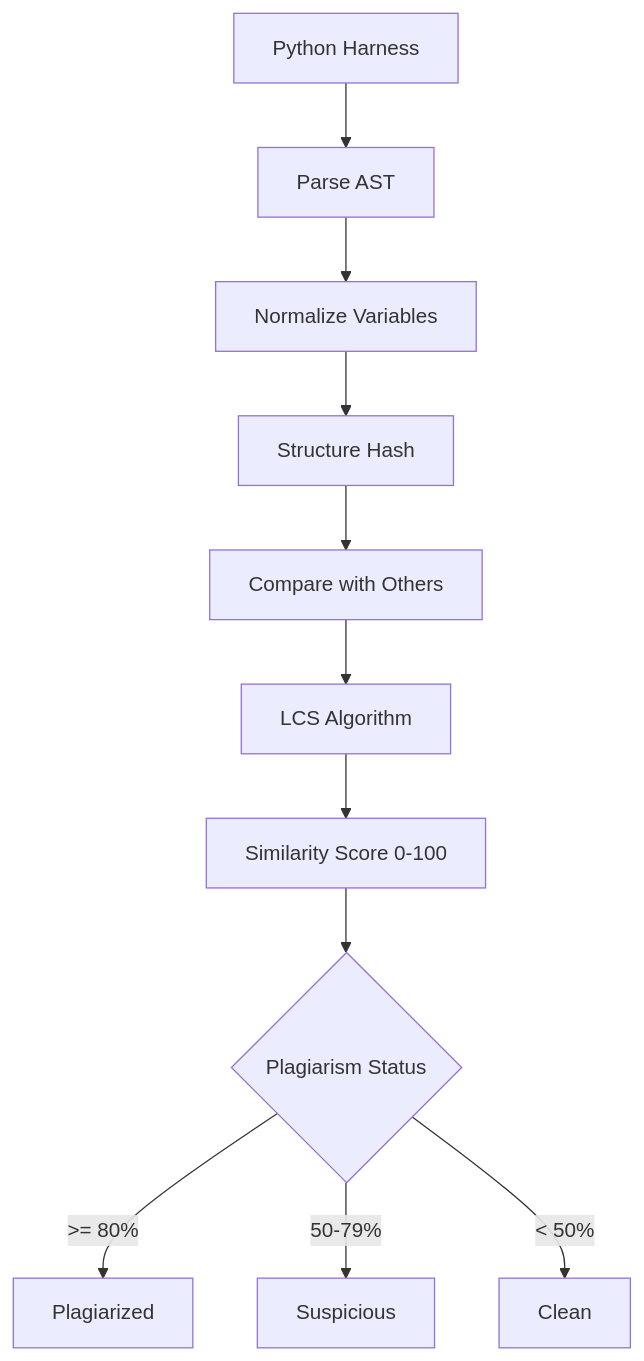
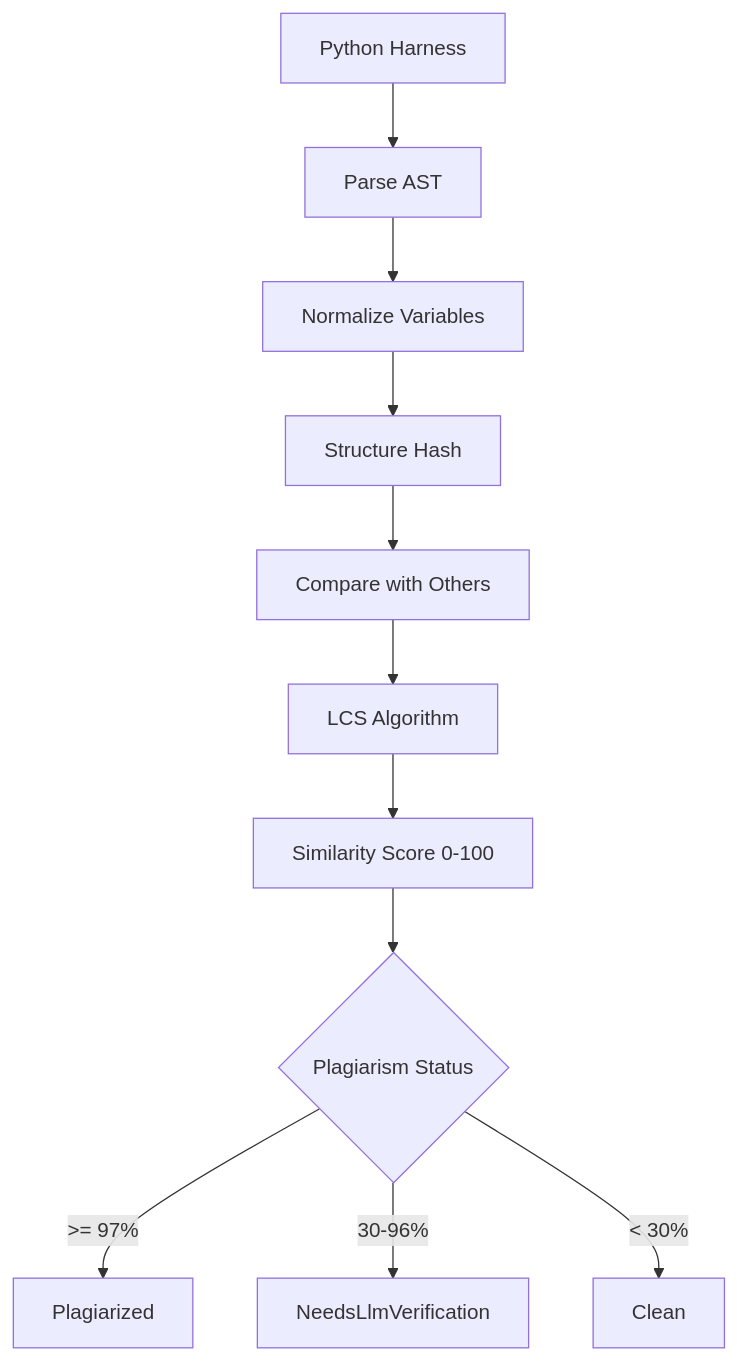
One commit to PlatformNetwork/data-fabrication changed the third of 3 diagrams in README.md. Above: the diagram before and after it, drawn with Mermaid. The commit also changed 7 other files, not shown here.

````diff
--- a/README.md
+++ b/README.md
@@ -76,13 +76,13 @@
 ```mermaid
 flowchart TB
     Code[Python Harness] --> Parse[Parse AST]
     Parse --> Normalize[Normalize Variables]
     Normalize --> Hash[Structure Hash]
     Hash --> Compare[Compare with Others]
     Compare --> LCS[LCS Algorithm]
     LCS --> Score[Similarity Score 0-100]
     Score --> Status{Plagiarism Status}
-    Status -->|>= 80%| Plagiarized[Plagiarized]
-    Status -->|50-79%| Suspicious[Suspicious]
-    Status -->|< 50%| Clean[Clean]
+    Status -->|>= 97%| Plagiarized[Plagiarized]
+    Status -->|30-96%| NeedsLLM[NeedsLlmVerification]
+    Status -->|< 30%| Clean[Clean]
 ```
````
